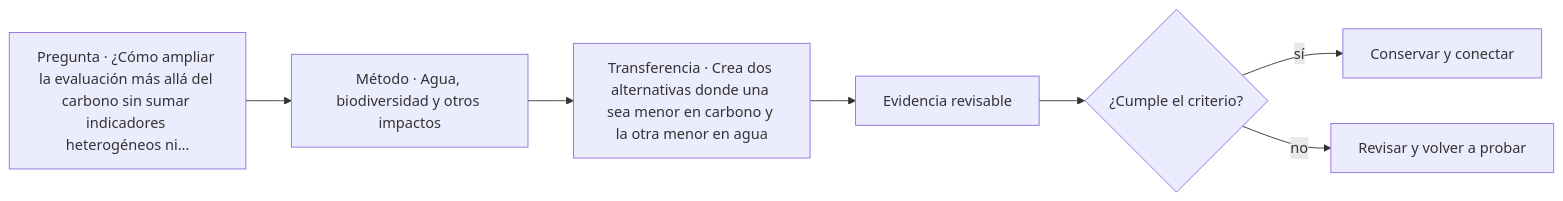
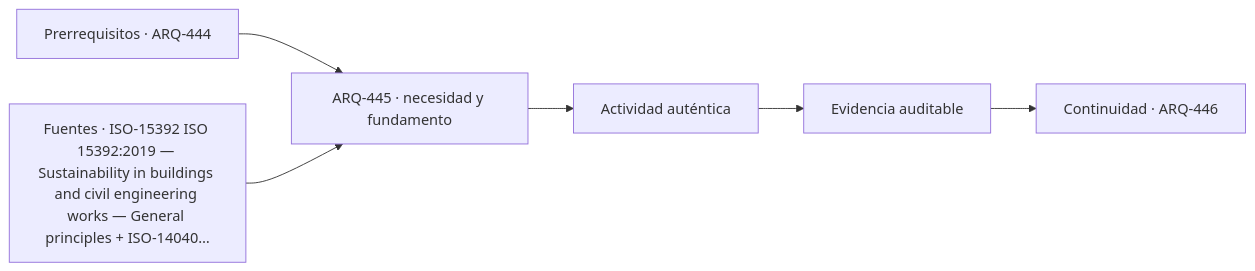
Before and after one commit to vladimiracunadev-create/architecture-built-environment-learning-program: the diagram in classes/parte-45/ARQ-445.md, drawn with Mermaid. The commit also changed other lines of this file and 761 other files, not shown here.

````diff
--- a/classes/parte-45/ARQ-445.md
+++ b/classes/parte-45/ARQ-445.md
@@ -75,9 +87,8 @@
 ```mermaid
 flowchart LR
-    Q["Pregunta · ¿Cómo ampliar la evaluación más allá del carbono sin sumar indicadores heterogéneos ni…"] --> M["Método · Agua, biodiversidad y otros impactos"]
-    M --> P["Transferencia · Crea dos alternativas donde una sea menor en carbono y la otra menor en agua"]
-    P --> E["Evidencia revisable"]
-    E --> C{"¿Cumple el criterio?"}
-    C -->|sí| T["Conservar y conectar"]
-    C -->|no| R["Revisar y volver a probar"]
+    A["Prerrequisitos · ARQ-444"] --> B["ARQ-445 · necesidad y fundamento"]
+    S["Fuentes · ISO-15392 ISO 15392:2019 — Sustainability in buildings and civil engineering works — General principles + ISO-14040…"] --> B
+    B --> C["Actividad auténtica"]
+    C --> D["Evidencia auditable"]
+    D --> E["Continuidad · ARQ-446"]
 ```
````
